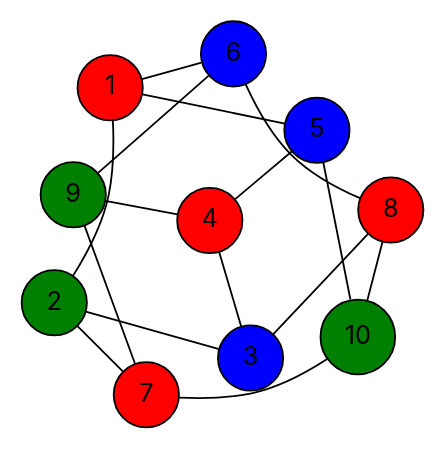
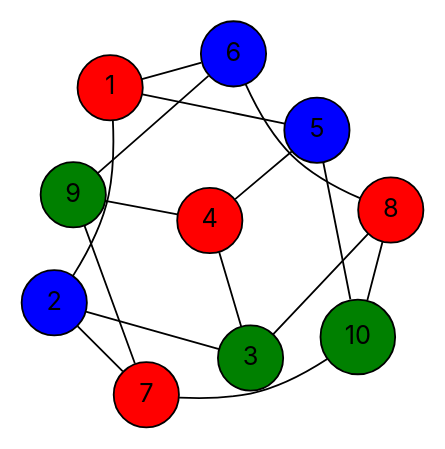
The diagram in data/final-dots/easy-05-parallel.dot (vercah/vertex-coloring), drawn with Graphviz before and after one commit. The commit also changed 113 other files, not shown here.

```diff
--- a/data/final-dots/easy-05-parallel.dot
+++ b/data/final-dots/easy-05-parallel.dot
@@ -1,31 +1,31 @@
 graph G {
   layout=neato;
   overlap=false;
   splines=true;
   node [shape=circle, style=filled, fontname=Inter];
   1 [label="1", fillcolor="red", tooltip="v1 color 0"];
-  2 [label="2", fillcolor="green", tooltip="v2 color 1"];
-  3 [label="3", fillcolor="blue", tooltip="v3 color 2"];
+  2 [label="2", fillcolor="blue", tooltip="v2 color 2"];
+  3 [label="3", fillcolor="green", tooltip="v3 color 1"];
   4 [label="4", fillcolor="red", tooltip="v4 color 0"];
   5 [label="5", fillcolor="blue", tooltip="v5 color 2"];
   6 [label="6", fillcolor="blue", tooltip="v6 color 2"];
   7 [label="7", fillcolor="red", tooltip="v7 color 0"];
   8 [label="8", fillcolor="red", tooltip="v8 color 0"];
   9 [label="9", fillcolor="green", tooltip="v9 color 1"];
   10 [label="10", fillcolor="green", tooltip="v10 color 1"];
   1 -- 2;
   1 -- 5;
   1 -- 6;
   2 -- 3;
   2 -- 7;
   3 -- 4;
   3 -- 8;
   4 -- 5;
   4 -- 9;
   5 -- 10;
   6 -- 8;
   6 -- 9;
   7 -- 9;
   7 -- 10;
   8 -- 10;
 }
```
